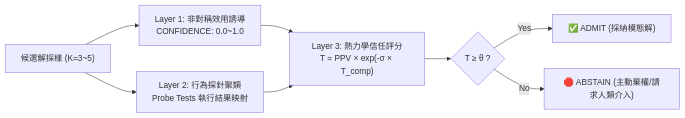
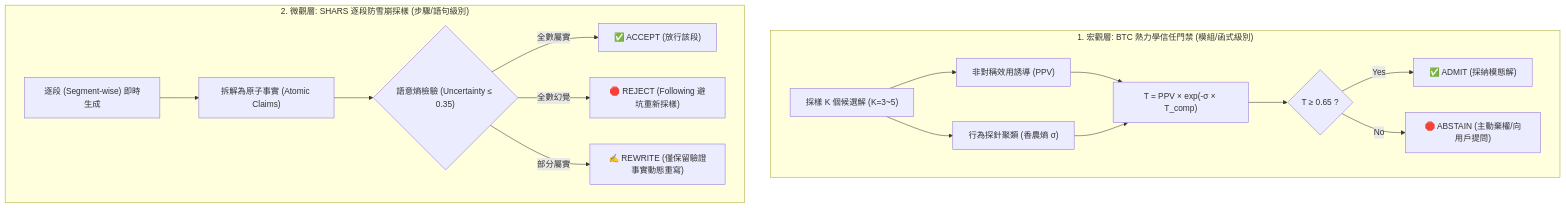
One commit to PingpowerTW/7-Phase-Agentic-Workflow changed the diagram in skills/trust-governor/SKILL.md. Above: the diagram before and after it, drawn with Mermaid. The commit also changed other lines of this file and 4 other files, not shown here.

Commit message:
feat(shars): integrate ICML 2026 segment-wise rejection sampling and atomic claim rewriting v2.9

````diff
--- a/skills/trust-governor/SKILL.md
+++ b/skills/trust-governor/SKILL.md
@@ -42,10 +28,19 @@
 ```mermaid
-flowchart LR
-    A["候選解採樣 (K=3~5)"] --> B["Layer 1: 非對稱效用誘導<br/>CONFIDENCE: 0.0~1.0"]
-    A --> C["Layer 2: 行為探針聚類<br/>Probe Tests 執行結果映射"]
-    B --> D["Layer 3: 熱力學信任評分<br/>T = PPV × exp(-σ × T_comp)"]
-    C --> D
-    D --> E{"T ≥ θ ?"}
-    E -- "Yes" --> F["✅ ADMIT (採納模態解)"]
-    E -- "No" --> G["🛑 ABSTAIN (主動棄權/請求人類介入)"]
+graph TD
+    subgraph Macro["1. 宏觀層: BTC 熱力學信任門禁 (模組/函式級別)"]
+        M1["採樣 K 個候選解 (K=3~5)"] --> M2["非對稱效用誘導 (PPV)"]
+        M1 --> M3["行為探針聚類 (香農熵 σ)"]
+        M2 & M3 --> M4["T = PPV × exp(-σ × T_comp)"]
+        M4 --> M5{"T ≥ 0.65 ?"}
+        M5 -- "Yes" --> M6["✅ ADMIT (採納模態解)"]
+        M5 -- "No" --> M7["🛑 ABSTAIN (主動棄權/向用戶提問)"]
+    end
+
+    subgraph Micro["2. 微觀層: SHARS 逐段防雪崩採樣 (步驟/語句級別)"]
+        S1["逐段 (Segment-wise) 即時生成"] --> S2["拆解為原子事實 (Atomic Claims)"]
+        S2 --> S3{"語意熵檢驗 (Uncertainty ≤ 0.35)"}
+        S3 -- "全數屬實" --> S4["✅ ACCEPT (放行該段)"]
+        S3 -- "全數幻覺" --> S5["🛑 REJECT (Following 避坑重新採樣)"]
+        S3 -- "部分屬實" --> S6["✍️ REWRITE (僅保留驗證事實動態重寫)"]
+    end
 ```
````
